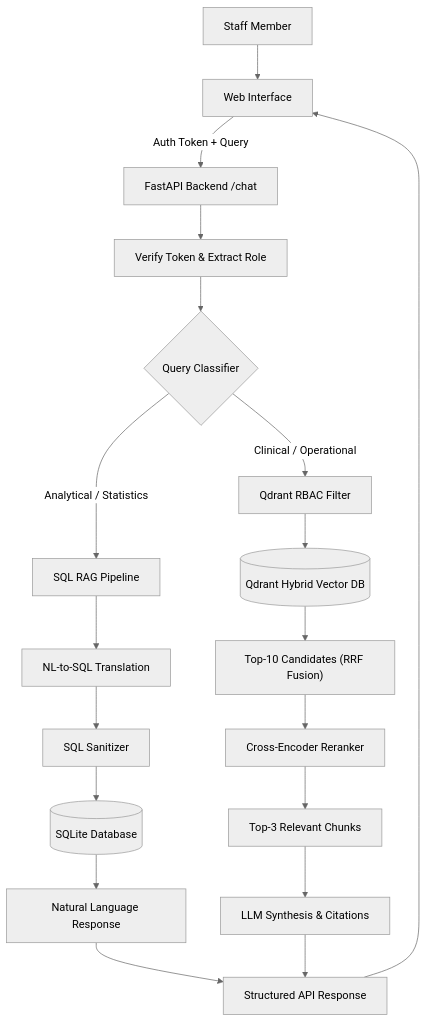
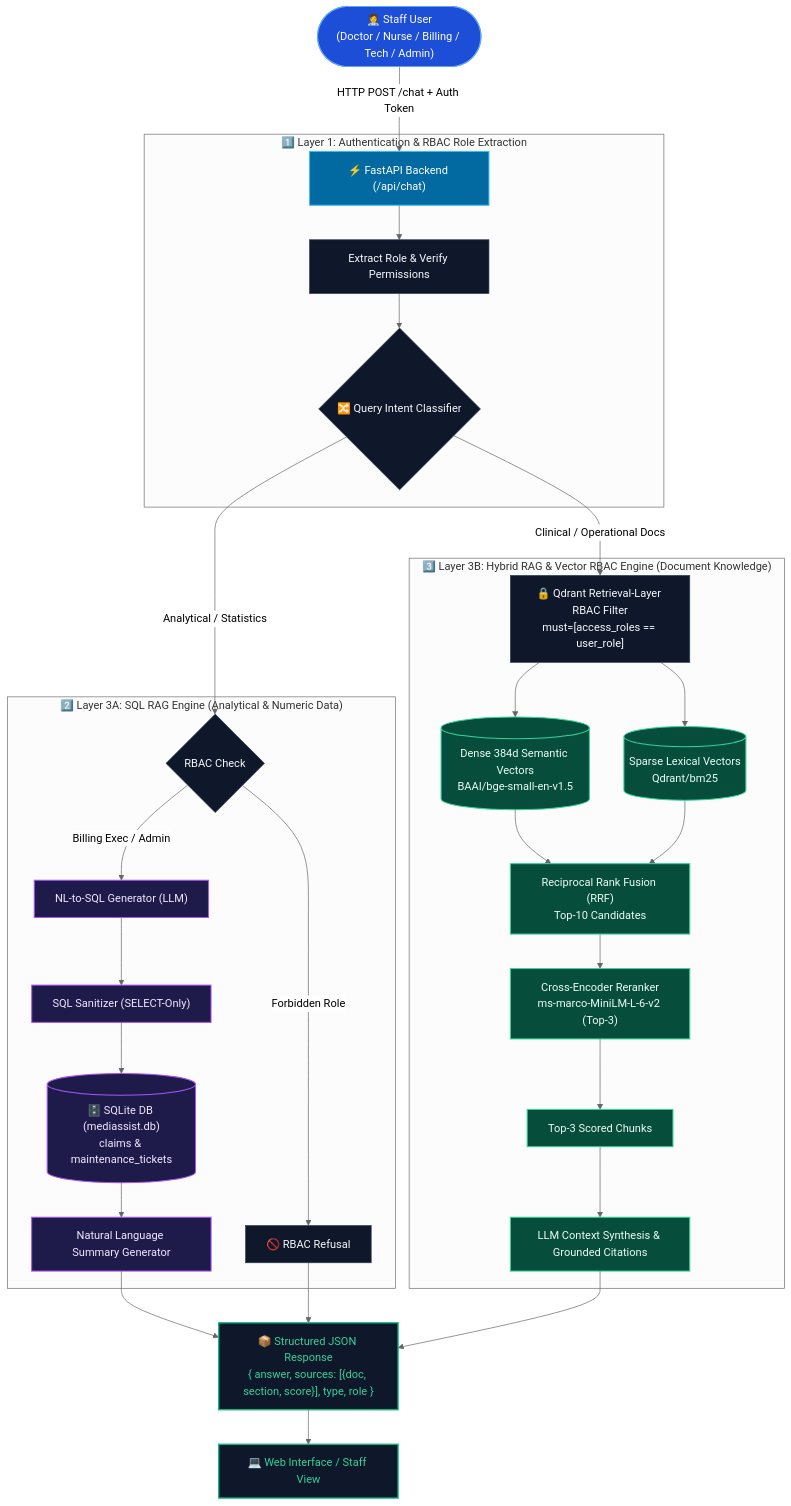
One commit to BharathKusuma/MediBotRAG_Assignment changed the diagram in README.md. Above: the diagram before and after it, drawn with Mermaid (neutral theme). The commit also changed other lines of this file and 5 other files, not shown here.

````diff
--- a/README.md
+++ b/README.md
@@ -65,25 +14,46 @@
 ```mermaid
 flowchart TD
-    User["Staff Member"] --> UI["Web Interface"]
-    UI -->|"Auth Token + Query"| API["FastAPI Backend /chat"]
+    User(["👩‍⚕️ Staff User<br>(Doctor / Nurse / Billing / Tech / Admin)"]) -->|"HTTP POST /chat + Auth Token"| API["⚡ FastAPI Backend (/api/chat)"]
     
-    API --> Auth["Verify Token & Extract Role"]
-    Auth --> Intent{"Query Classifier"}
+    subgraph Layer1["1️⃣ Layer 1: Authentication & RBAC Role Extraction"]
+        API --> Auth["Extract Role & Verify Permissions"]
+        Auth --> Intent{"🔀 Query Intent Classifier"}
+    end
 
-    Intent -- "Analytical / Statistics" --> SQLChain["SQL RAG Pipeline"]
-    SQLChain --> LLMSQL["NL-to-SQL Translation"]
-    LLMSQL --> Sanitize["SQL Sanitizer"]
-    Sanitize --> SQLiteDB[("SQLite Database")]
-    SQLiteDB --> LLMAnswerSQL["Natural Language Response"]
+    subgraph Layer3A["2️⃣ Layer 3A: SQL RAG Engine (Analytical & Numeric Data)"]
+        Intent -- "Analytical / Statistics" --> SQLPerm{"RBAC Check"}
+        SQLPerm -- "Forbidden Role" --> SQLRefuse["🚫 RBAC Refusal"]
+        SQLPerm -- "Billing Exec / Admin" --> LLMSQL["NL-to-SQL Generator (LLM)"]
+        LLMSQL --> Sanitize["SQL Sanitizer (SELECT-Only)"]
+        Sanitize --> SQLiteDB[("🗄️ SQLite DB (mediassist.db)<br>claims & maintenance_tickets")]
+        SQLiteDB --> LLMAnswerSQL["Natural Language Summary Generator"]
+    end
 
-    Intent -- "Clinical / Operational" --> RBACFilter["Qdrant RBAC Filter"]
-    RBACFilter --> Qdrant[("Qdrant Hybrid Vector DB")]
-    Qdrant --> Candidates["Top-10 Candidates (RRF Fusion)"]
-    Candidates --> Reranker["Cross-Encoder Reranker"]
-    Reranker --> Top3["Top-3 Relevant Chunks"]
-    Top3 --> LLMDoc["LLM Synthesis & Citations"]
+    subgraph Layer3B["3️⃣ Layer 3B: Hybrid RAG & Vector RBAC Engine (Document Knowledge)"]
+        Intent -- "Clinical / Operational Docs" --> RBACFilter["🔒 Qdrant Retrieval-Layer RBAC Filter<br>must=[access_roles == user_role]"]
+        RBACFilter --> QdrantDense[("Dense 384d Semantic Vectors<br>BAAI/bge-small-en-v1.5")]
+        RBACFilter --> QdrantBM25[("Sparse Lexical Vectors<br>Qdrant/bm25")]
+        QdrantDense & QdrantBM25 --> RRFFusion["Reciprocal Rank Fusion (RRF)<br>Top-10 Candidates"]
+        RRFFusion --> Reranker["Cross-Encoder Reranker<br>ms-marco-MiniLM-L-6-v2 (Top-3)"]
+        Reranker --> Top3["Top-3 Scored Chunks"]
+        Top3 --> LLMDoc["LLM Context Synthesis & Grounded Citations"]
+    end
 
-    LLMAnswerSQL --> JSONResponse["Structured API Response"]
+    LLMAnswerSQL --> JSONResponse["📦 Structured JSON Response<br>{ answer, sources: [{doc, section, score}], type, role }"]
+    SQLRefuse --> JSONResponse
     LLMDoc --> JSONResponse
-    JSONResponse --> UI
+    JSONResponse --> UI["💻 Web Interface / Staff View"]
+
+    classDef default fill:#0f172a,stroke:#334155,stroke-width:1px,color:#f8fafc;
+    classDef userNode fill:#1d4ed8,stroke:#60a5fa,stroke-width:1.5px,color:#ffffff;
+    classDef apiNode fill:#0369a1,stroke:#38bdf8,stroke-width:1.5px,color:#ffffff;
+    classDef sqlNode fill:#1e1b4b,stroke:#a855f7,stroke-width:1.5px,color:#f3e8ff;
+    classDef ragNode fill:#064e3b,stroke:#34d399,stroke-width:1.5px,color:#ecfdf5;
+    classDef outputNode fill:#0f172a,stroke:#10b981,stroke-width:2px,color:#34d399;
+
+    class User userNode;
+    class API apiNode;
+    class SQLiteDB,LLMSQL,Sanitize,LLMAnswerSQL sqlNode;
+    class QdrantDense,QdrantBM25,RRFFusion,Reranker,Top3,LLMDoc ragNode;
+    class JSONResponse,UI outputNode;
 ```
````
